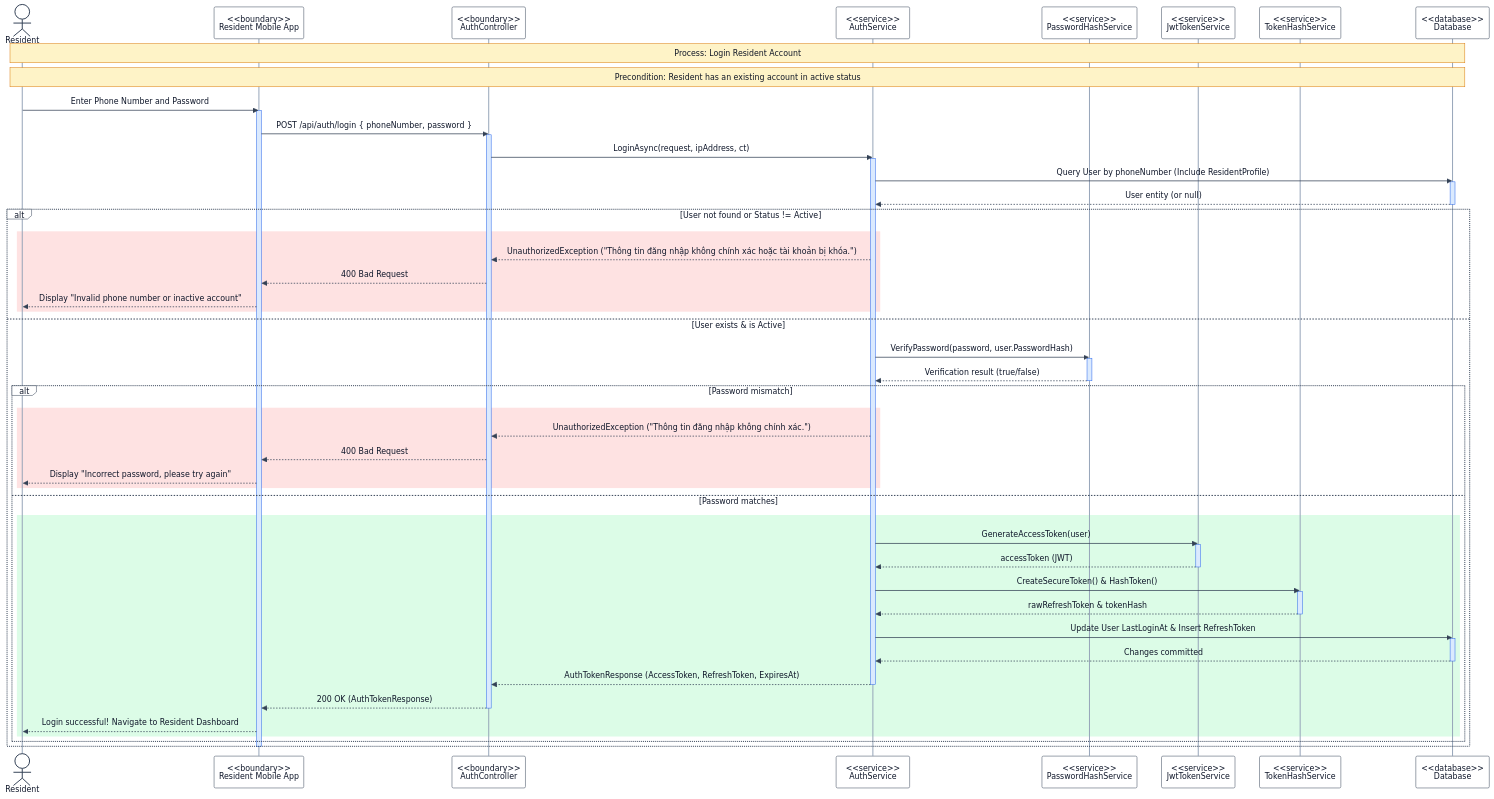
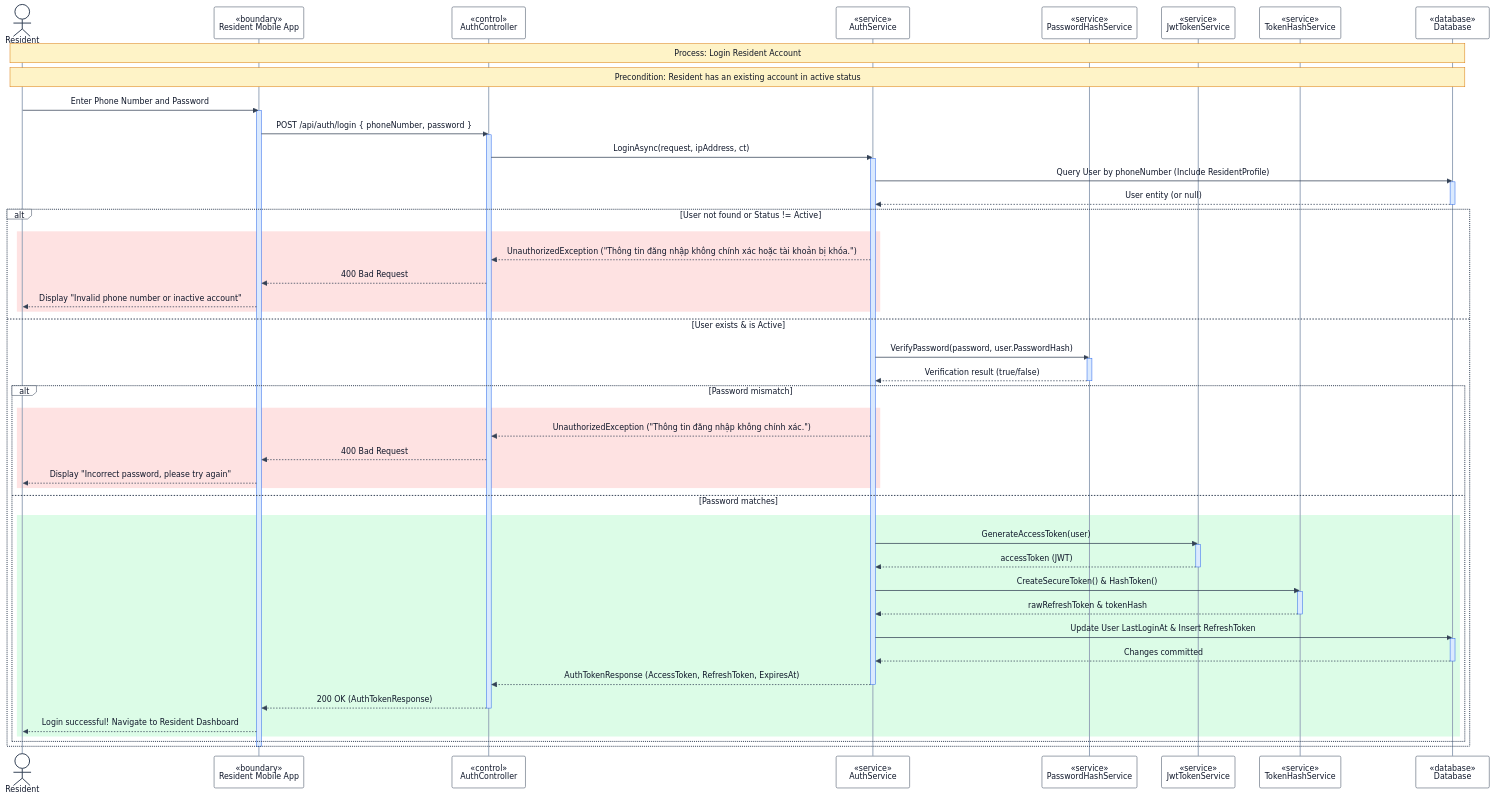
Before and after one commit to se-05-sdlms/smart-locking-diagram: the diagram in RP4/3.6 Resident Account, Preferences & Parcel Management/3.6.3 Login Resident Account Sequence Diagram.md, drawn with Mermaid. The commit also changed 36 other files, not shown here.

Commit message:
Update diagram

```diff
--- a/RP4/3.6 Resident Account, Preferences & Parcel Management/3.6.3 Login Resident Account Sequence Diagram.md
+++ b/RP4/3.6 Resident Account, Preferences & Parcel Management/3.6.3 Login Resident Account Sequence Diagram.md
@@ -21,13 +21,13 @@
 sequenceDiagram
 
 actor RES as Resident
-participant APP as <<boundary>><br/>Resident Mobile App
-participant CTRL as <<boundary>><br/>AuthController
-participant SVC as <<service>><br/>AuthService
-participant PASS as <<service>><br/>PasswordHashService
-participant JWT as <<service>><br/>JwtTokenService
-participant TOKEN as <<service>><br/>TokenHashService
-participant DB as <<database>><br/>Database
+participant APP as «boundary»<br/>Resident Mobile App
+participant CTRL as «control»<br/>AuthController
+participant SVC as «service»<br/>AuthService
+participant PASS as «service»<br/>PasswordHashService
+participant JWT as «service»<br/>JwtTokenService
+participant TOKEN as «service»<br/>TokenHashService
+participant DB as «database»<br/>Database
 
 Note over RES,DB: Process: Login Resident Account
 Note over RES,DB: Precondition: Resident has an existing account in active status
```
